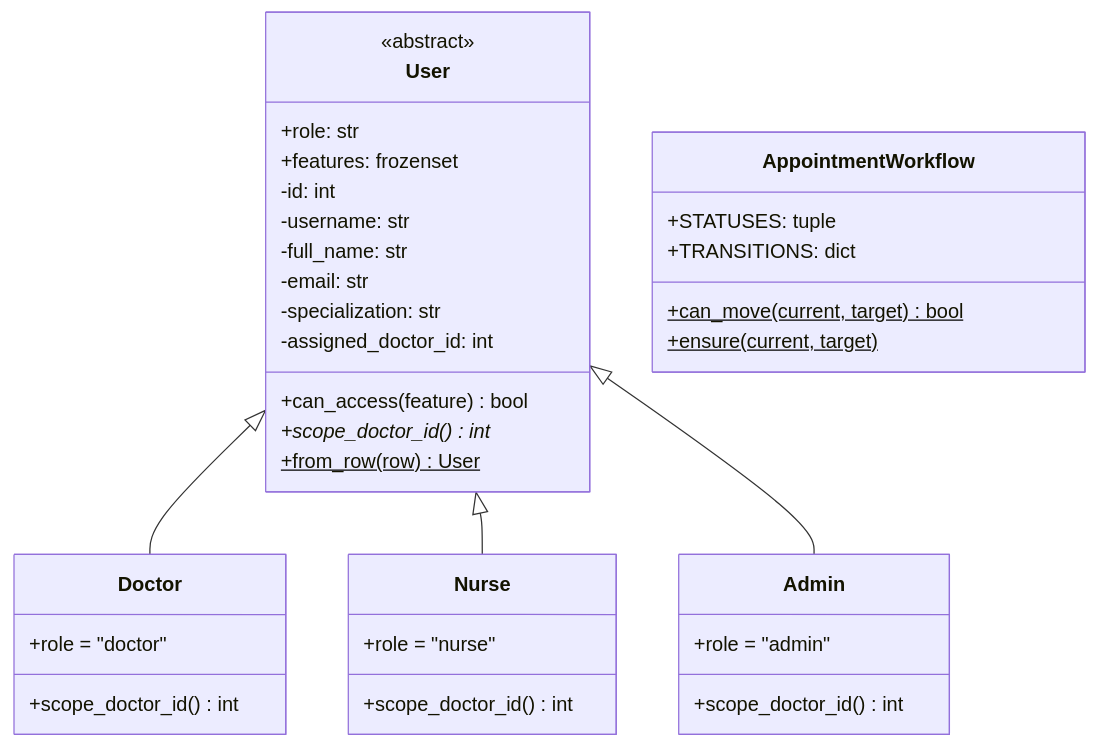
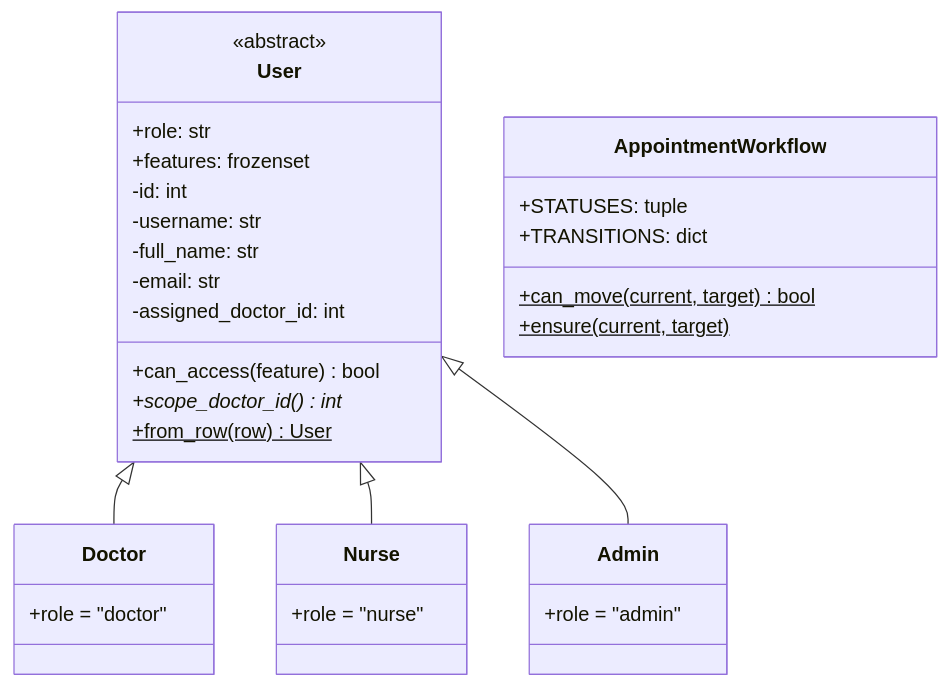
Before and after one commit to kelsengile/AppointMed: the fourth of 11 diagrams in DOCUMENTATION.md, drawn with Mermaid. The commit also changed other lines of this file and 8 other files, not shown here.

````diff
--- a/DOCUMENTATION.md
+++ b/DOCUMENTATION.md
@@ -445,38 +447,28 @@
 ```mermaid
 classDiagram
     class User {
         <<abstract>>
         +role: str
         +features: frozenset
         -id: int
         -username: str
         -full_name: str
         -email: str
-        -specialization: str
         -assigned_doctor_id: int
         +can_access(feature) bool
         +scope_doctor_id() int*
         +from_row(row) User$
     }
-    class Doctor {
-        +role = "doctor"
-        +scope_doctor_id() int
-    }
-    class Nurse {
-        +role = "nurse"
-        +scope_doctor_id() int
-    }
-    class Admin {
-        +role = "admin"
-        +scope_doctor_id() int
-    }
+    class Doctor { +role = "doctor" }
+    class Nurse { +role = "nurse" }
+    class Admin { +role = "admin" }
     class AppointmentWorkflow {
         +STATUSES: tuple
         +TRANSITIONS: dict
         +can_move(current, target) bool$
         +ensure(current, target)$
     }
     User <|-- Doctor
     User <|-- Nurse
     User <|-- Admin
 ```
````
